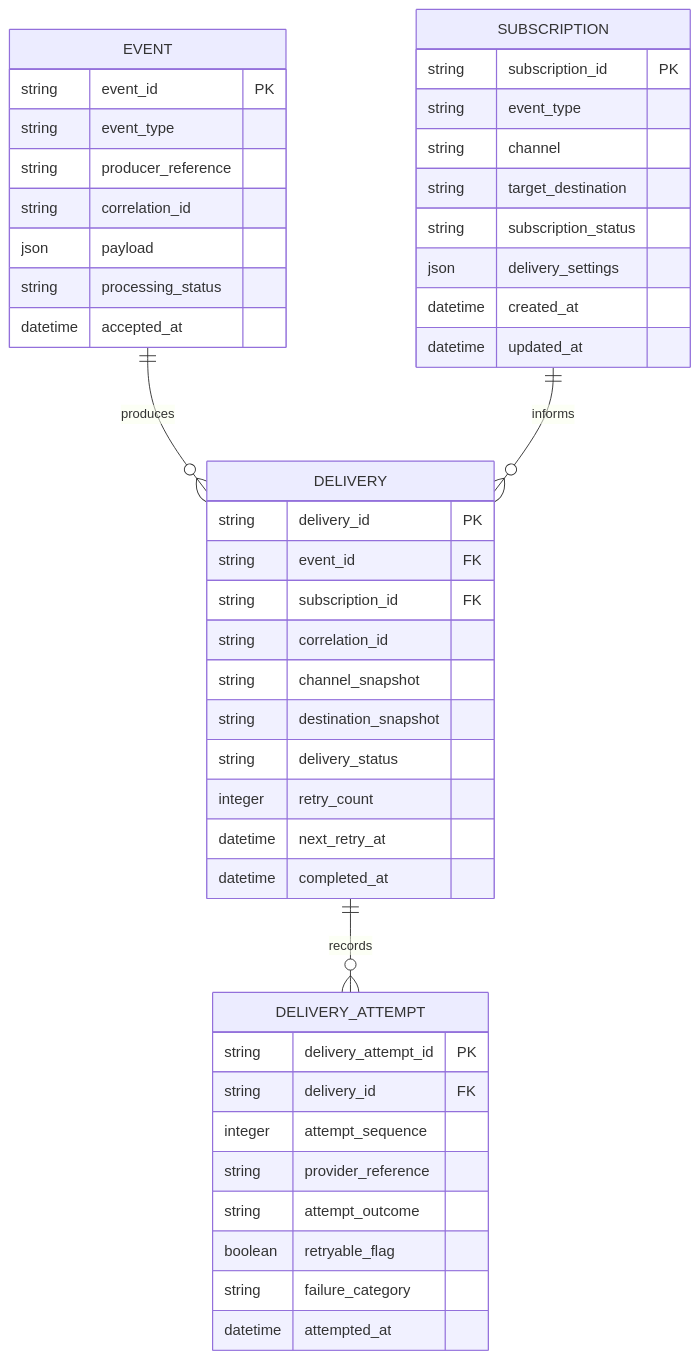
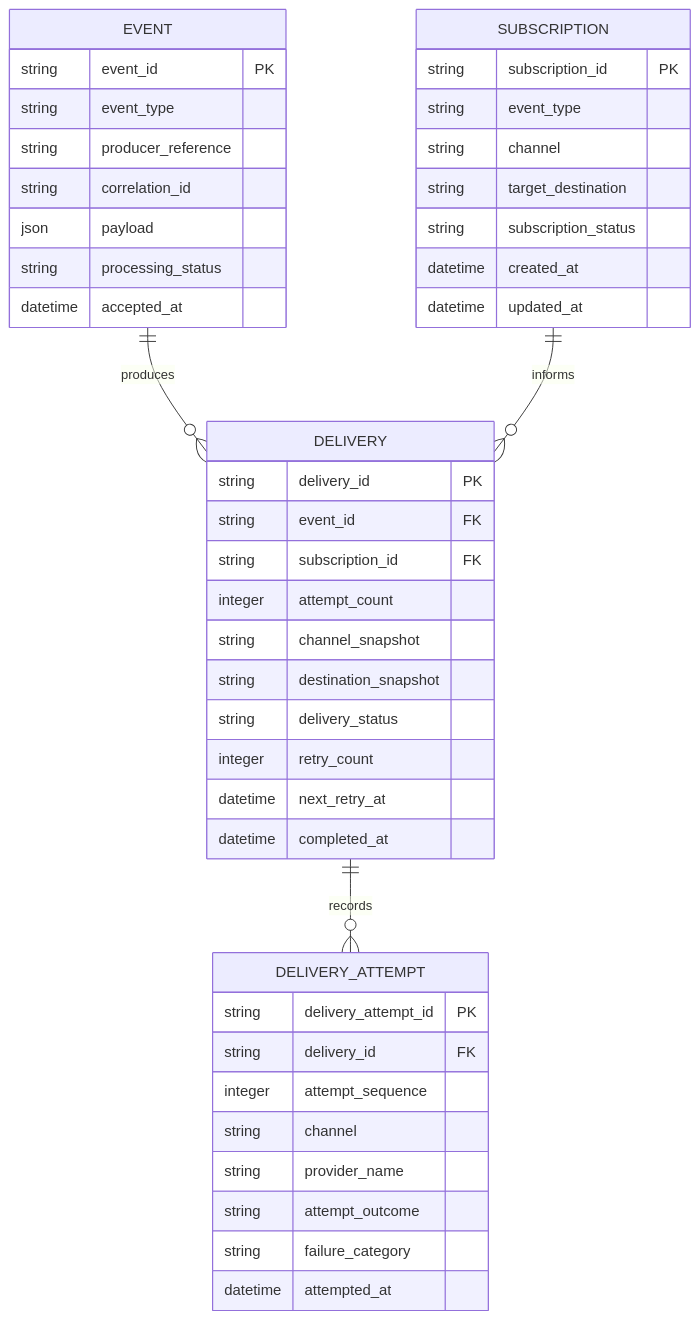
The diagram in docs/04-database-design.md (JesseDev454/event-driven-notification-platform), drawn with Mermaid before and after one commit. The commit also changed other lines of this file and 7 other files, not shown here.

````diff
--- a/docs/04-database-design.md
+++ b/docs/04-database-design.md
@@ -202,51 +197,50 @@
 ```mermaid
 erDiagram
     EVENT {
         string event_id PK
         string event_type
         string producer_reference
         string correlation_id
         json payload
         string processing_status
         datetime accepted_at
     }
 
     SUBSCRIPTION {
         string subscription_id PK
         string event_type
         string channel
         string target_destination
         string subscription_status
-        json delivery_settings
         datetime created_at
         datetime updated_at
     }
 
     DELIVERY {
         string delivery_id PK
         string event_id FK
         string subscription_id FK
-        string correlation_id
+        integer attempt_count
         string channel_snapshot
         string destination_snapshot
         string delivery_status
         integer retry_count
         datetime next_retry_at
         datetime completed_at
     }
 
     DELIVERY_ATTEMPT {
         string delivery_attempt_id PK
         string delivery_id FK
         integer attempt_sequence
-        string provider_reference
+        string channel
+        string provider_name
         string attempt_outcome
-        boolean retryable_flag
         string failure_category
         datetime attempted_at
     }
 
     EVENT ||--o{ DELIVERY : produces
     SUBSCRIPTION ||--o{ DELIVERY : informs
     DELIVERY ||--o{ DELIVERY_ATTEMPT : records
 ```
````
